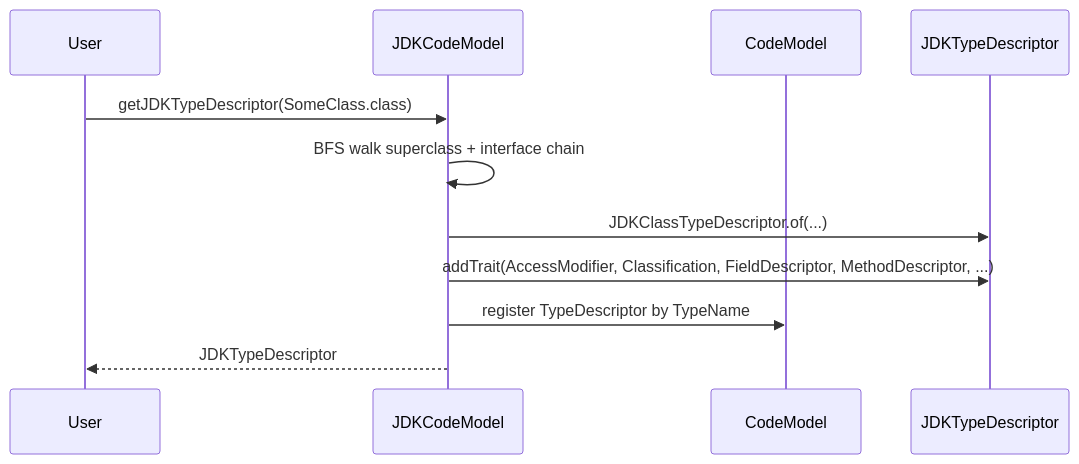
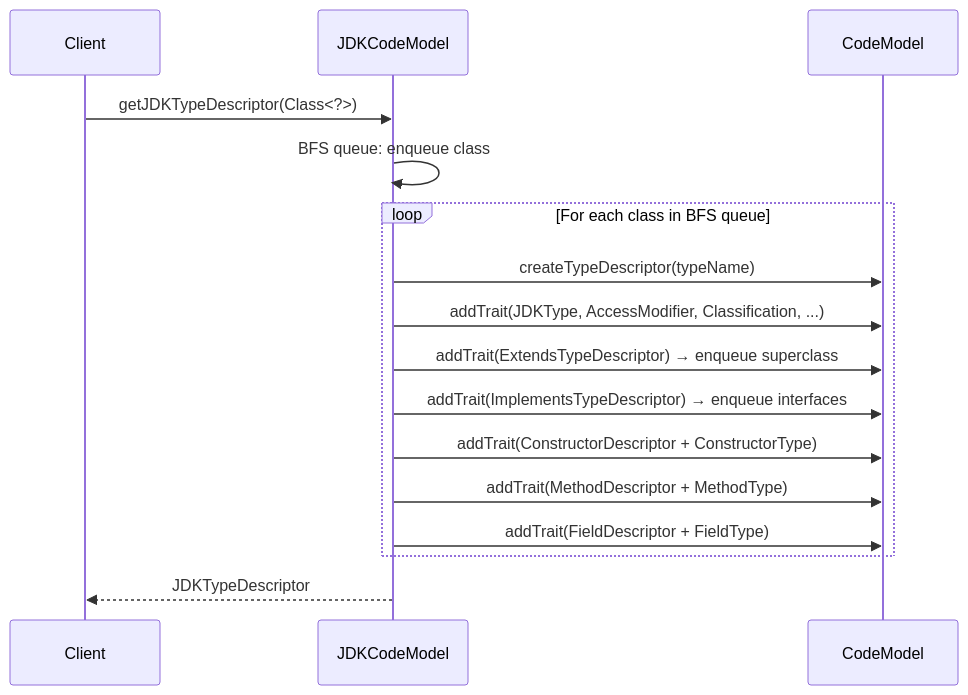
The third of 3 diagrams in docs/CODEBASE_MAP.md (Workday/codemodel.build), drawn with Mermaid before and after one commit. The commit also changed other lines of this file and 1 other file, not shown here.

````diff
--- a/docs/CODEBASE_MAP.md
+++ b/docs/CODEBASE_MAP.md
@@ -465,14 +559,19 @@
 ```mermaid
 sequenceDiagram
-    participant User
+    participant Client
     participant JDKCodeModel
     participant CodeModel
-    participant JDKTypeDescriptor
 
-    User->>JDKCodeModel: getJDKTypeDescriptor(SomeClass.class)
-    JDKCodeModel->>JDKCodeModel: BFS walk superclass + interface chain
-    JDKCodeModel->>JDKTypeDescriptor: JDKClassTypeDescriptor.of(...)
-    JDKCodeModel->>JDKTypeDescriptor: addTrait(AccessModifier, Classification, FieldDescriptor, MethodDescriptor, ...)
-    JDKCodeModel->>CodeModel: register TypeDescriptor by TypeName
-    JDKCodeModel-->>User: JDKTypeDescriptor
+    Client->>JDKCodeModel: getJDKTypeDescriptor(Class<?>)
+    JDKCodeModel->>JDKCodeModel: BFS queue: enqueue class
+    loop For each class in BFS queue
+        JDKCodeModel->>CodeModel: createTypeDescriptor(typeName)
+        JDKCodeModel->>CodeModel: addTrait(JDKType, AccessModifier, Classification, ...)
+        JDKCodeModel->>CodeModel: addTrait(ExtendsTypeDescriptor) → enqueue superclass
+        JDKCodeModel->>CodeModel: addTrait(ImplementsTypeDescriptor) → enqueue interfaces
+        JDKCodeModel->>CodeModel: addTrait(ConstructorDescriptor + ConstructorType)
+        JDKCodeModel->>CodeModel: addTrait(MethodDescriptor + MethodType)
+        JDKCodeModel->>CodeModel: addTrait(FieldDescriptor + FieldType)
+    end
+    JDKCodeModel-->>Client: JDKTypeDescriptor
 ```
````
